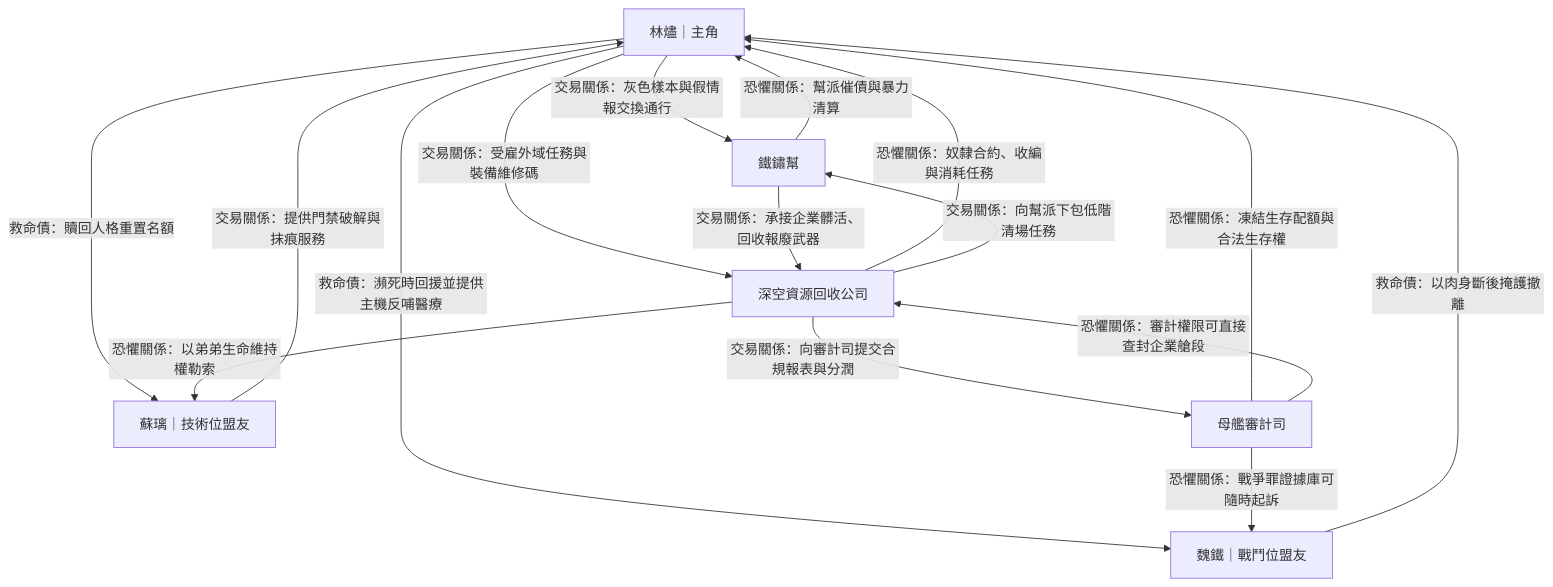
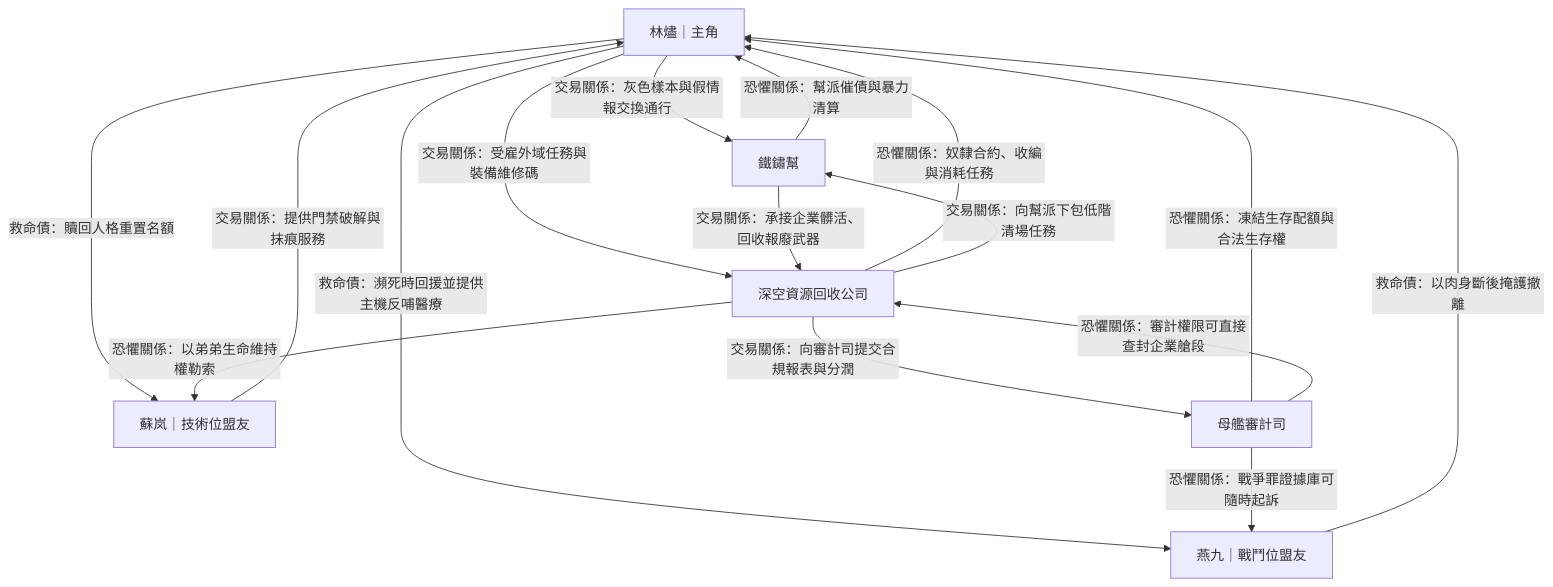
One commit to skydreamer0/novel_ark-micro-civ changed the diagram in docs/02_核心設定/02_角色與陣營/03_角色關係圖.md. Above: the diagram before and after it, drawn with Mermaid. The commit also changed 23 other files, not shown here.

````diff
--- a/docs/02_核心設定/02_角色與陣營/03_角色關係圖.md
+++ b/docs/02_核心設定/02_角色與陣營/03_角色關係圖.md
@@ -12,30 +12,30 @@
 ```mermaid
 graph TD
     LJ[林燼｜主角]
-    WT[魏鐵｜戰鬥位盟友]
-    SL[蘇璃｜技術位盟友]
+    WT[燕九｜戰鬥位盟友]
+    SL[蘇岚｜技術位盟友]
     TX[鐵鏽幫]
     DS[深空資源回收公司]
     AU[母艦審計司]
 
     LJ -->|救命債：瀕死時回援並提供主機反哺醫療| WT
     WT -->|救命債：以肉身斷後掩護撤離| LJ
 
     LJ -->|救命債：贖回人格重置名額| SL
     SL -->|交易關係：提供門禁破解與抹痕服務| LJ
 
     LJ -->|交易關係：灰色樣本與假情報交換通行| TX
     TX -->|恐懼關係：幫派催債與暴力清算| LJ
 
     LJ -->|交易關係：受雇外域任務與裝備維修碼| DS
     DS -->|恐懼關係：奴隸合約、收編與消耗任務| LJ
 
     AU -->|恐懼關係：凍結生存配額與合法生存權| LJ
     AU -->|恐懼關係：戰爭罪證據庫可隨時起訴| WT
     DS -->|恐懼關係：以弟弟生命維持權勒索| SL
 
     TX -->|交易關係：承接企業髒活、回收報廢武器| DS
     DS -->|交易關係：向幫派下包低階清場任務| TX
     DS -->|交易關係：向審計司提交合規報表與分潤| AU
     AU -->|恐懼關係：審計權限可直接查封企業艙段| DS
 ```
````
